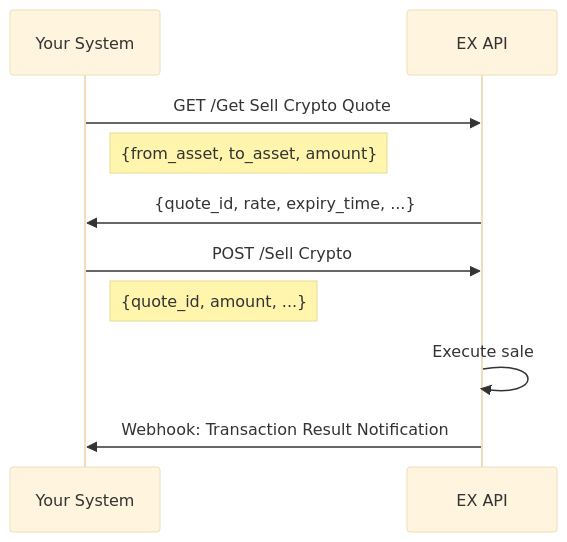
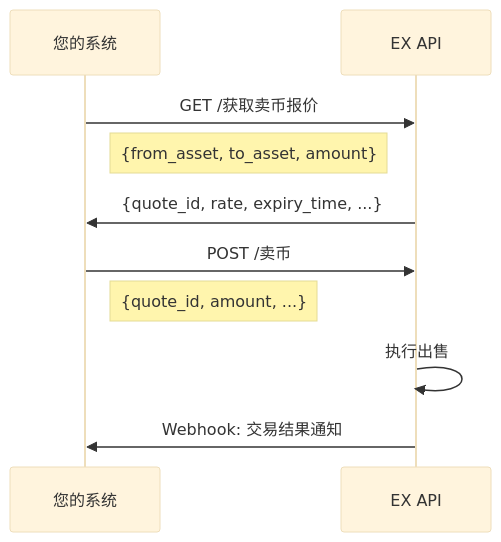
Diagram 14 of 16 in Solutions/solutions/crypto-solutions-cn.md (xiaoxiaoangie/EX-NEW), drawn with Mermaid (base theme) before and after one commit. The commit also changed other lines of this file and 36 other files, not shown here.

````diff
--- a/Solutions/solutions/crypto-solutions-cn.md
+++ b/Solutions/solutions/crypto-solutions-cn.md
@@ -467,13 +467,13 @@
 ```mermaid
 sequenceDiagram
-    participant You as Your System
+    participant You as 您的系统
     participant EX as EX API
 
-    You->>EX: GET /Get Sell Crypto Quote
+    You->>EX: GET /获取卖币报价
     Note right of You: {from_asset, to_asset, amount}
     EX->>You: {quote_id, rate, expiry_time, ...}
-    You->>EX: POST /Sell Crypto
+    You->>EX: POST /卖币
     Note right of You: {quote_id, amount, ...}
-    EX->>EX: Execute sale
-    EX->>You: Webhook: Transaction Result Notification
+    EX->>EX: 执行出售
+    EX->>You: Webhook: 交易结果通知
 ```
````
